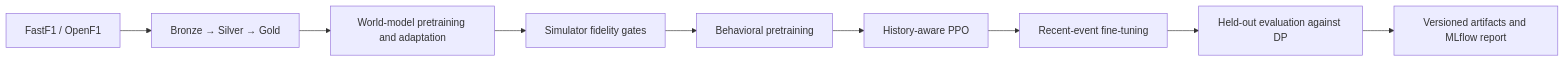
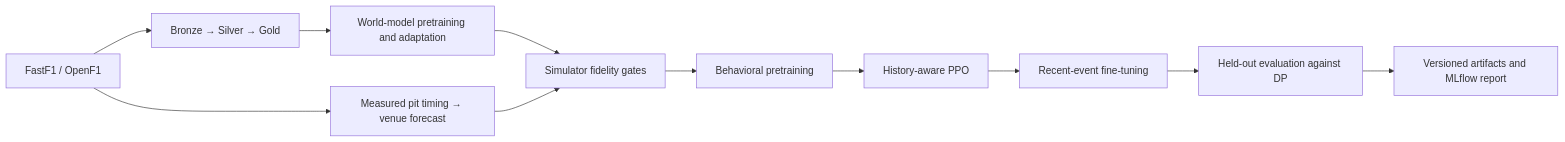
One commit to whk-irl/F1_Strategy changed the diagram in README.md. Above: the diagram before and after it, drawn with Mermaid. The commit also changed other lines of this file and 22 other files, not shown here.

First line of the commit message:
Use recorded pit timing in race desk and retraining (#2)

````diff
--- a/README.md
+++ b/README.md
@@ -88,11 +94,13 @@
 ```mermaid
 flowchart LR
     A[FastF1 / OpenF1] --> B[Bronze → Silver → Gold]
+    A --> P[Measured pit timing → venue forecast]
     B --> C[World-model pretraining and adaptation]
     C --> D[Simulator fidelity gates]
+    P --> D
     D --> E[Behavioral pretraining]
     E --> F[History-aware PPO]
     F --> G[Recent-event fine-tuning]
     G --> H[Held-out evaluation against DP]
     H --> I[Versioned artifacts and MLflow report]
 ```
````
